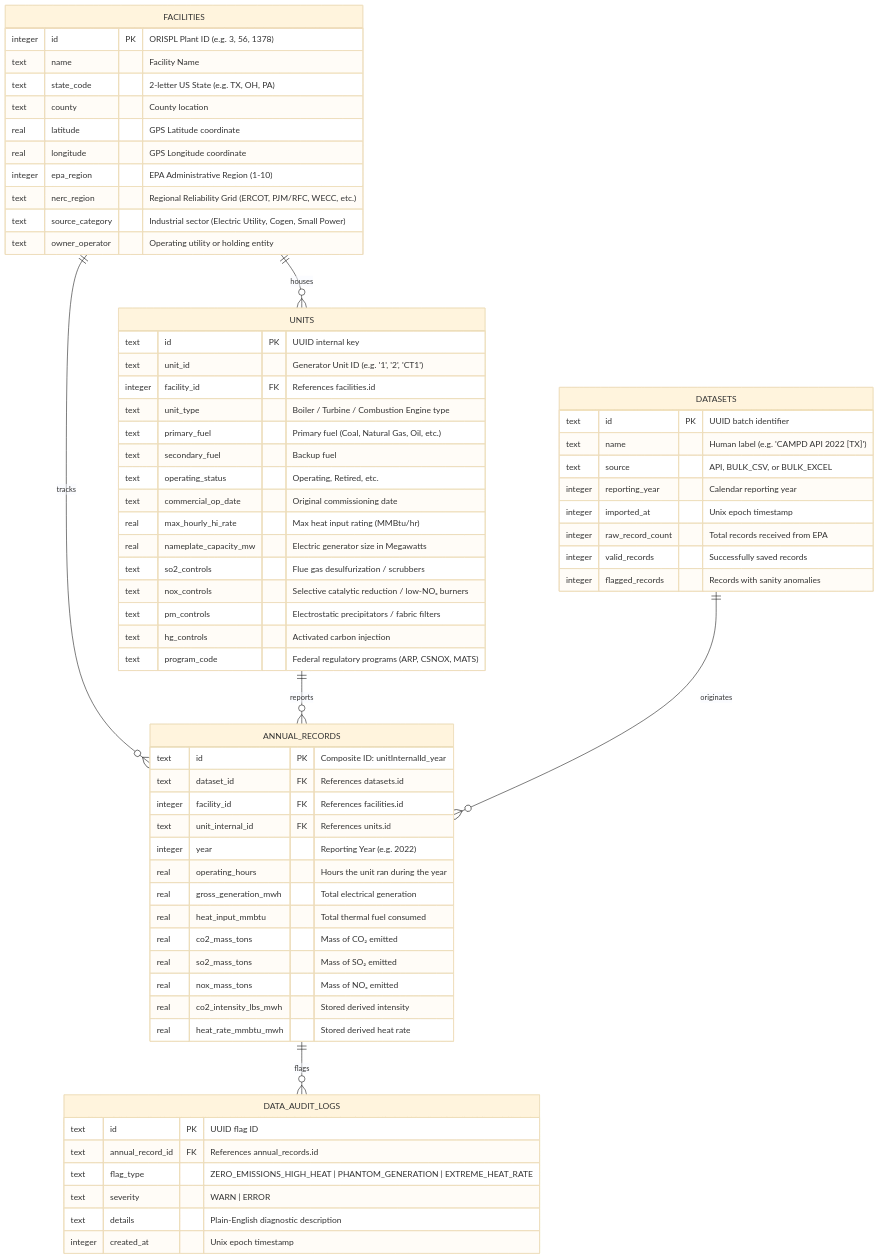
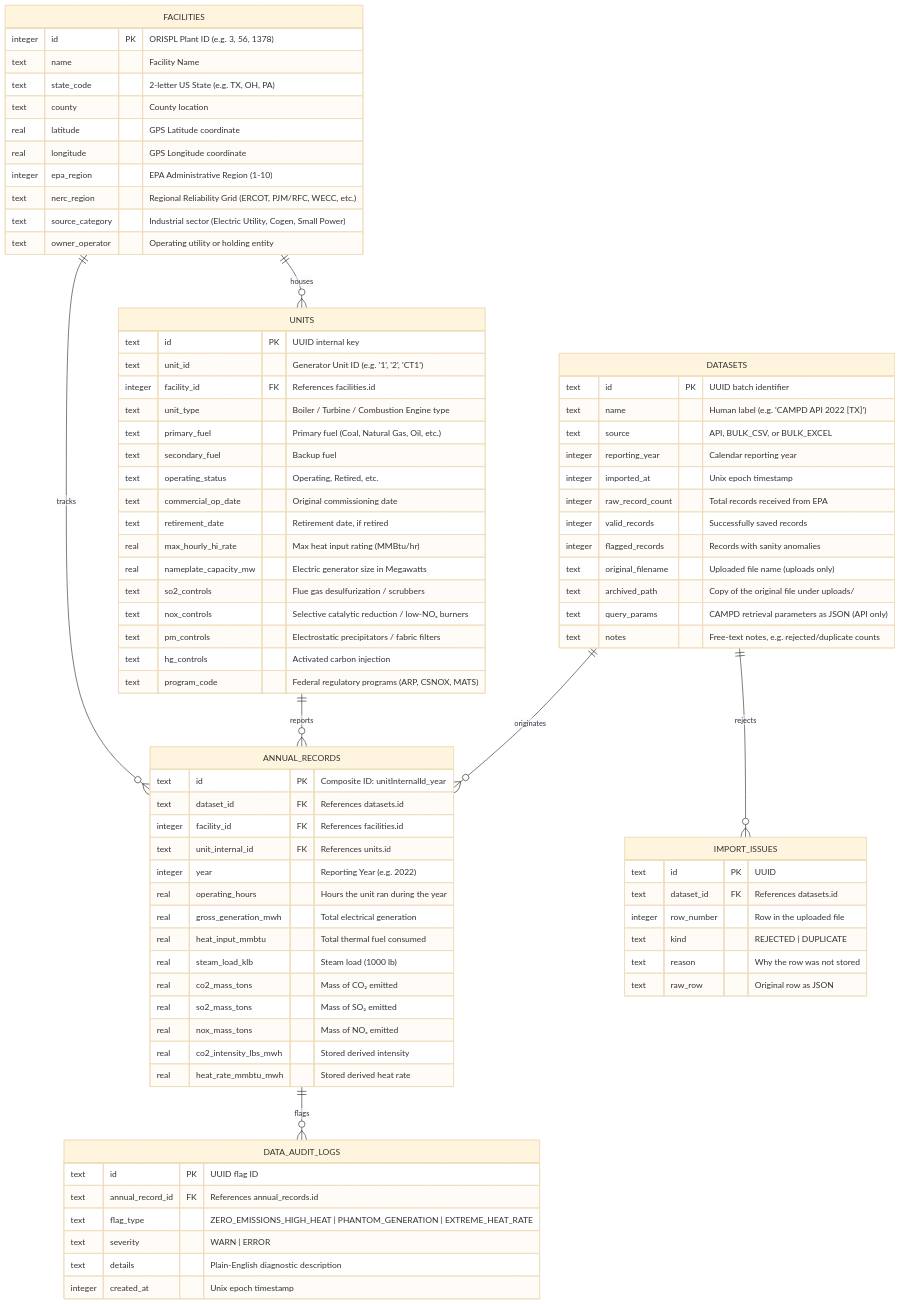
Before and after one commit to raajbanga/cs396-project: the diagram in README.md, drawn with Mermaid (base theme). The commit also changed other lines of this file and 24 other files, not shown here.

First line of the commit message:
schema gaps, sync year range, provenance + coverage

```diff
--- a/README.md
+++ b/README.md
@@ -83,6 +83,7 @@
     UNITS ||--o{ ANNUAL_RECORDS : "reports"
     DATASETS ||--o{ ANNUAL_RECORDS : "originates"
     ANNUAL_RECORDS ||--o{ DATA_AUDIT_LOGS : "flags"
+    DATASETS ||--o{ IMPORT_ISSUES : "rejects"
 
     FACILITIES {
         integer id PK "ORISPL Plant ID (e.g. 3, 56, 1378)"
@@ -106,6 +107,7 @@
         text secondary_fuel "Backup fuel"
         text operating_status "Operating, Retired, etc."
         text commercial_op_date "Original commissioning date"
+        text retirement_date "Retirement date, if retired"
         real max_hourly_hi_rate "Max heat input rating (MMBtu/hr)"
         real nameplate_capacity_mw "Electric generator size in Megawatts"
         text so2_controls "Flue gas desulfurization / scrubbers"
@@ -124,6 +126,10 @@
         integer raw_record_count "Total records received from EPA"
         integer valid_records "Successfully saved records"
         integer flagged_records "Records with sanity anomalies"
+        text original_filename "Uploaded file name (uploads only)"
+        text archived_path "Copy of the original file under uploads/"
+        text query_params "CAMPD retrieval parameters as JSON (API only)"
+        text notes "Free-text notes, e.g. rejected/duplicate counts"
     }
 
     ANNUAL_RECORDS {
@@ -135,11 +141,21 @@
         real operating_hours "Hours the unit ran during the year"
         real gross_generation_mwh "Total electrical generation"
         real heat_input_mmbtu "Total thermal fuel consumed"
+        real steam_load_klb "Steam load (1000 lb)"
         real co2_mass_tons "Mass of CO₂ emitted"
         real so2_mass_tons "Mass of SO₂ emitted"
         real nox_mass_tons "Mass of NOₓ emitted"
         real co2_intensity_lbs_mwh "Stored derived intensity"
         real heat_rate_mmbtu_mwh "Stored derived heat rate"
+    }
+
+    IMPORT_ISSUES {
+        text id PK "UUID"
+        text dataset_id FK "References datasets.id"
+        integer row_number "Row in the uploaded file"
+        text kind "REJECTED | DUPLICATE"
+        text reason "Why the row was not stored"
+        text raw_row "Original row as JSON"
     }
 
     DATA_AUDIT_LOGS {
```
